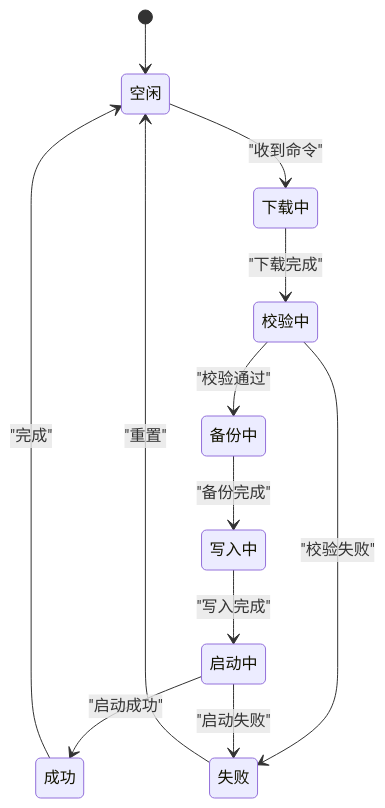
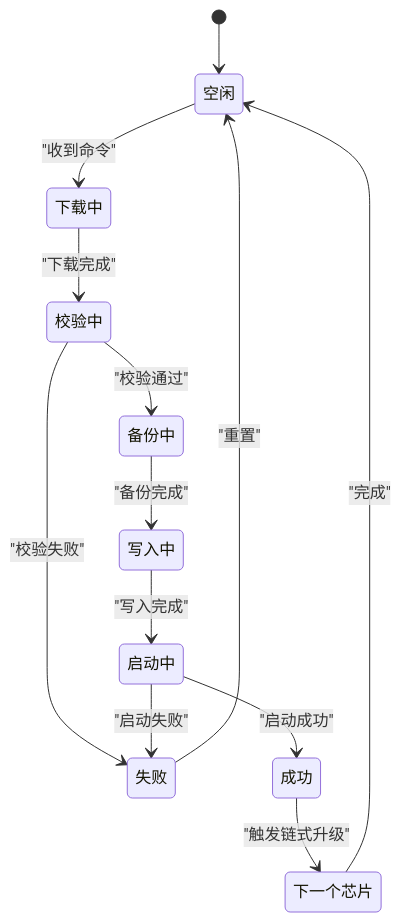
One commit to mcmrzy/cs_inv_monitor-develop changed the sixth of 8 diagrams in .qoder/repowiki/zh/content/OTA升级系统/设备端OTA程序.md. Above: the diagram before and after it, drawn with Mermaid. The commit also changed other lines of this file and 12 other files, not shown here.

````diff
--- a/.qoder/repowiki/zh/content/OTA升级系统/设备端OTA程序.md
+++ b/.qoder/repowiki/zh/content/OTA升级系统/设备端OTA程序.md
@@ -160,14 +267,15 @@
 ```mermaid
 stateDiagram-v2
 [*] --> 空闲
 空闲 --> 下载中 : "收到命令"
 下载中 --> 校验中 : "下载完成"
 校验中 --> 备份中 : "校验通过"
 校验中 --> 失败 : "校验失败"
 备份中 --> 写入中 : "备份完成"
 写入中 --> 启动中 : "写入完成"
 启动中 --> 成功 : "启动成功"
 启动中 --> 失败 : "启动失败"
+成功 --> 下一个芯片 : "触发链式升级"
+下一个芯片 --> 空闲 : "完成"
 失败 --> 空闲 : "重置"
-成功 --> 空闲 : "完成"
 ```
````
